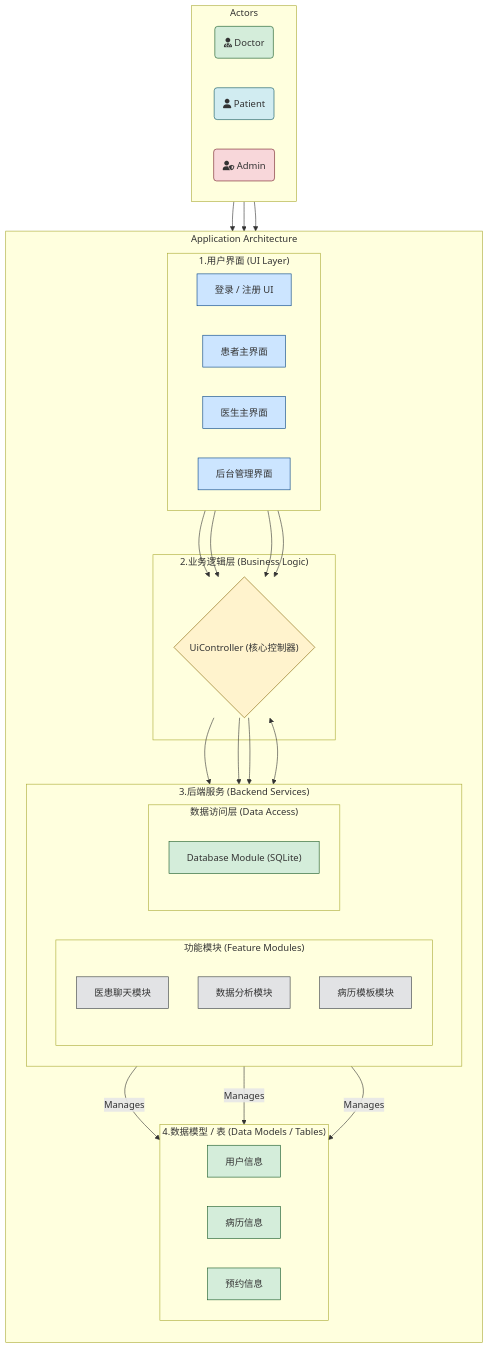
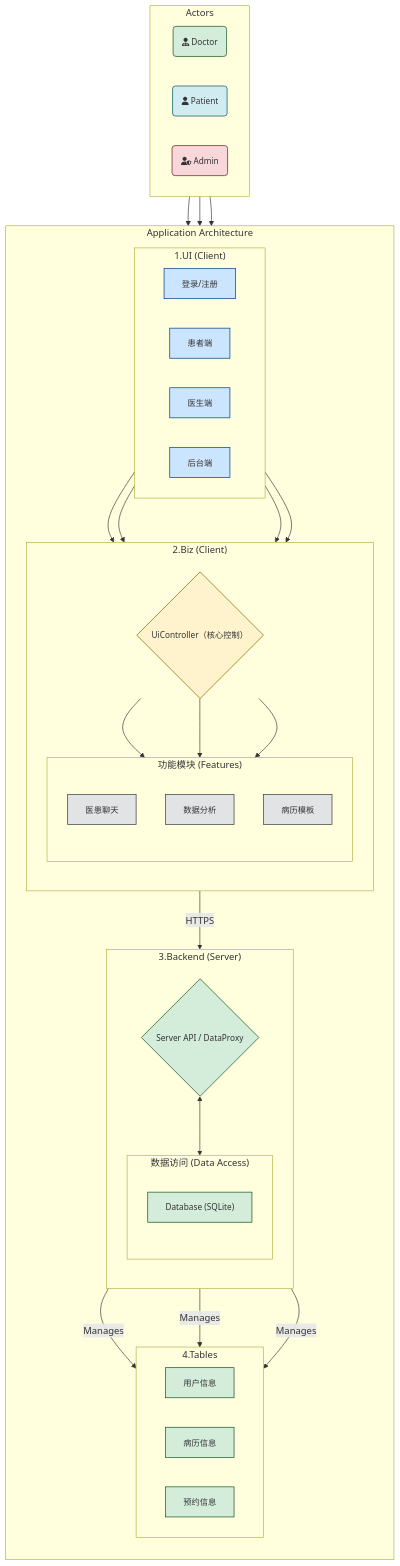
The first of 2 diagrams in README.md (laonuo2004/cpp-qt-medical-system), drawn with Mermaid before and after one commit.

Commit message:
修改了总体模块试图

````diff
--- a/README.md
+++ b/README.md
@@ -65,6 +65,6 @@
 ```mermaid
 graph TD
-    %% --- Actors: 定义用户角色 ---
+    %% --- Actors ---
     subgraph "Actors"
         direction LR
         Doctor(fa:fa-user-doctor Doctor)
@@ -72,78 +72,85 @@
         Admin(fa:fa-user-shield Admin)
     end
 
-    %% --- Application Architecture: 整个应用的核心结构 ---
+    %% --- App Architecture ---
     subgraph "Application Architecture"
         direction TB
 
-        %% 1. UI Layer: 更具体的界面划分
-        subgraph "1.用户界面 (UI Layer)"
+        %% 1. UI（客户端）
+        subgraph "1.UI (Client)"
             direction LR
-            LoginUI["登录 / 注册 UI"]
-            PatientUI["患者主界面"]
-            DoctorUI["医生主界面"]
-            AdminUI["后台管理界面"]
+            LoginUI["登录/注册"]
+            PatientUI["患者端"]
+            DoctorUI["医生端"]
+            AdminUI["后台端"]
         end
 
-        %% 2. Business Logic Layer: 核心控制器，保持不变
-        subgraph "2.业务逻辑层 (Business Logic)"
-            Controller{"UiController (核心控制器)"}
-        end
-
-        %% 3. Backend Layers: 功能模块和数据访问
-        subgraph "3.后端服务 (Backend Services)"
-            direction LR
-            
-            subgraph "功能模块 (Feature Modules)"
+        %% 2. 业务层（客户端）
+        subgraph "2.Biz (Client)"
+            direction TB
+            Controller{"UiController（核心控制）"}
+            subgraph "功能模块 (Features)"
                 direction TB
-                ChatModule["医患聊天模块"]
-                AnalysisModule["数据分析模块"]
-                TemplateModule["病历模板模块"]
-            end
-            
-            subgraph "数据访问层 (Data Access)"
-                direction TB
-                DBModule["Database Module (SQLite)"]
+                ChatModule["医患聊天"]
+                AnalysisModule["数据分析"]
+                TemplateModule["病历模板"]
             end
         end
 
-        %% 4. Data Models: 体现数据库产出的信息
-        subgraph "4.数据模型 / 表 (Data Models / Tables)"
+        %% 3. 后端（仅数据访问）
+        subgraph "3.Backend (Server)"
+            direction TB
+            ServerAPI{"Server API / DataProxy"}
+            subgraph "数据访问 (Data Access)"
+                direction TB
+                DBModule["Database (SQLite)"]
+            end
+        end
+
+        %% 4. 数据模型
+        subgraph "4.Tables"
             direction LR
             UserInfo["用户信息"]
             MedicalRecords["病历信息"]
             Appointments["预约信息"]
         end
-
     end
 
-    %% --- Connections: 定义流程和依赖关系 ---
+    %% --- Connections ---
     Doctor & Patient & Admin --> LoginUI
     LoginUI --> Controller
     PatientUI --> Controller
     DoctorUI --> Controller
     AdminUI --> Controller
-    
+
     Controller --> ChatModule
     Controller --> AnalysisModule
     Controller --> TemplateModule
-    
-    Controller <--> DBModule
-    
+
+    Controller -->|HTTPS| ServerAPI
+    ServerAPI <--> DBModule
+
     DBModule -- Manages --> UserInfo
     DBModule -- Manages --> MedicalRecords
     DBModule -- Manages --> Appointments
 
-    %% --- Styling ---
+    %% --- Styling（紧凑+深灰字+稍大字号）---
     style Doctor fill:#d4edda,stroke:#155724
     style Patient fill:#d1ecf1,stroke:#0c5460
     style Admin fill:#f8d7da,stroke:#721c24
-    classDef ui fill:#cce5ff,stroke:#004085
-    classDef logic fill:#fff3cd,stroke:#856404
-    classDef feature fill:#e2e3e5,stroke:#383d41
-    classDef data fill:#d4edda,stroke:#155724
+
+    classDef actor color:#333,font-size:14px,stroke-width:1.2px
+    classDef ui fill:#cce5ff,stroke:#004085,color:#333,font-size:14px,stroke-width:1.2px
+    classDef logic fill:#fff3cd,stroke:#856404,color:#333,font-size:14px,stroke-width:1.2px
+    classDef feature fill:#e2e3e5,stroke:#383d41,color:#333,font-size:14px,stroke-width:1.2px
+    classDef data fill:#d4edda,stroke:#155724,color:#333,font-size:14px,stroke-width:1.2px
+
+    class Doctor,Patient,Admin actor
     class LoginUI,PatientUI,DoctorUI,AdminUI ui
     class Controller logic
     class ChatModule,AnalysisModule,TemplateModule feature
-    class DBModule,UserInfo,MedicalRecords,Appointments data
+    class ServerAPI,DBModule,UserInfo,MedicalRecords,Appointments data
+
+    linkStyle default stroke-width:1.1px
+
 ```
````
